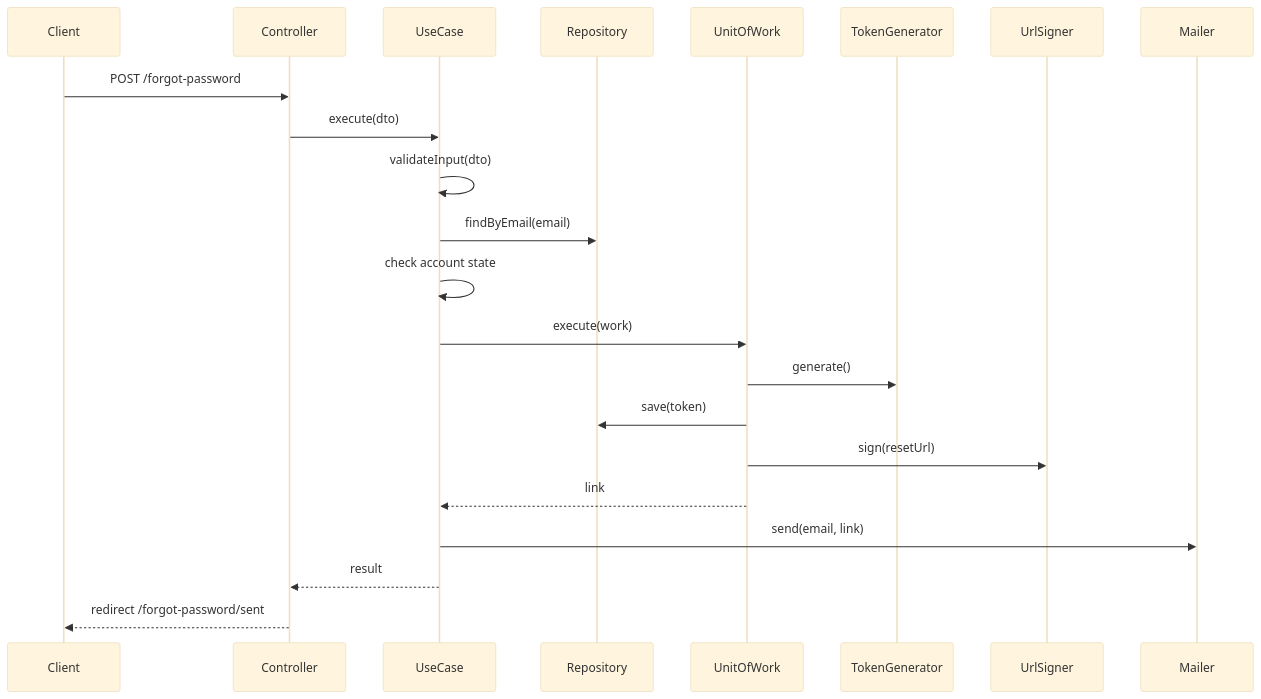
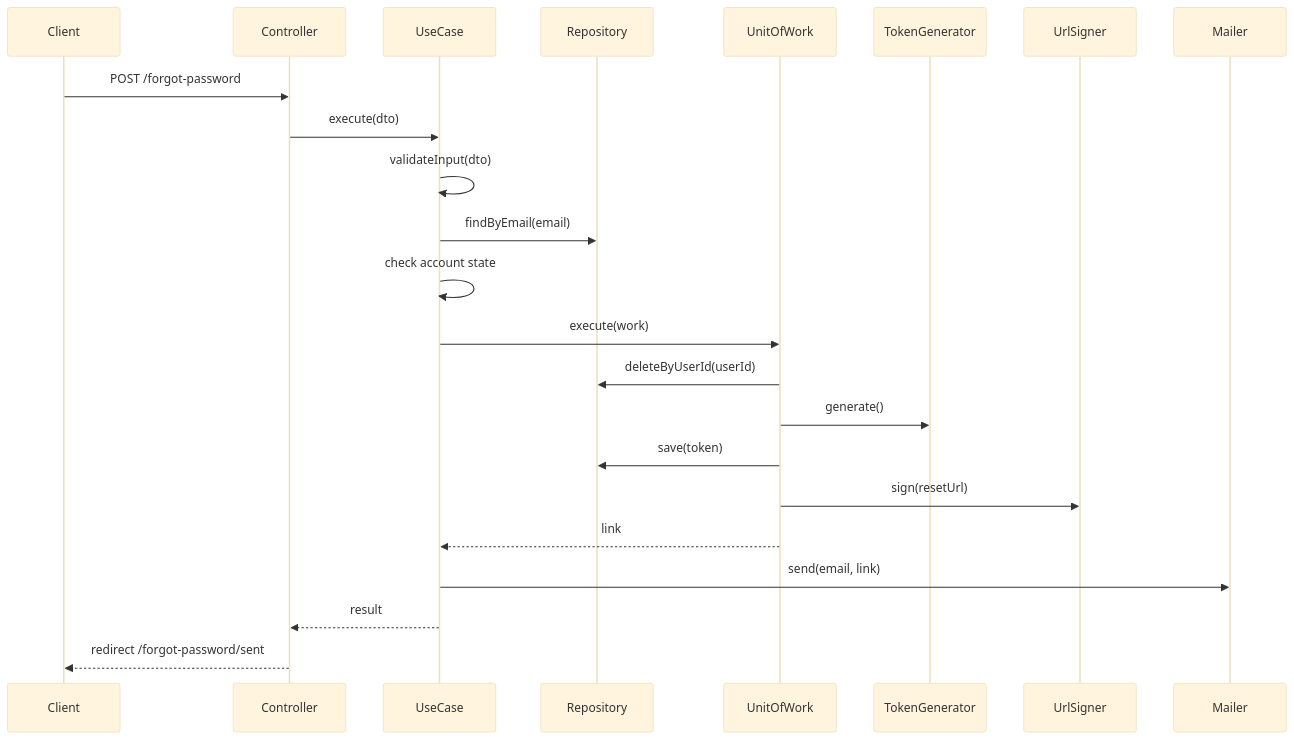
One commit to Leonelmarianog/demo-blog-node-sessions changed the first of 3 diagrams in src/application/use-cases/auth/request-password-reset/README.md. Above: the diagram before and after it, drawn with Mermaid (base theme). The commit also changed other lines of this file and 4 other files, not shown here.

````diff
--- a/src/application/use-cases/auth/request-password-reset/README.md
+++ b/src/application/use-cases/auth/request-password-reset/README.md
@@ -33,16 +34,17 @@
 ```mermaid
 sequenceDiagram
     Client->>Controller: POST /forgot-password
     Controller->>UseCase: execute(dto)
     UseCase->>UseCase: validateInput(dto)
     UseCase->>Repository: findByEmail(email)
     UseCase->>UseCase: check account state
     UseCase->>UnitOfWork: execute(work)
+    UnitOfWork->>Repository: deleteByUserId(userId)
     UnitOfWork->>TokenGenerator: generate()
     UnitOfWork->>Repository: save(token)
     UnitOfWork->>UrlSigner: sign(resetUrl)
     UnitOfWork-->>UseCase: link
     UseCase->>Mailer: send(email, link)
     UseCase-->>Controller: result
     Controller-->>Client: redirect /forgot-password/sent
 ```
````
